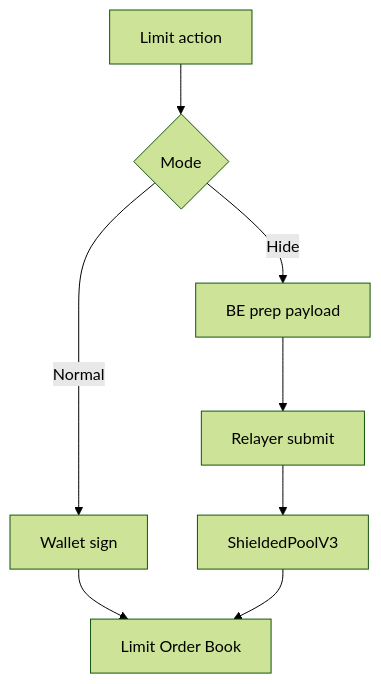
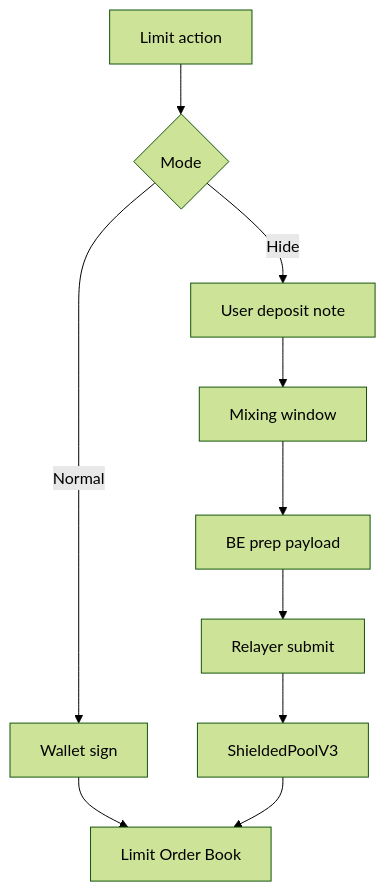
Before and after one commit to ntfound-dev/zkcarel_protocol: the fourth of 6 diagrams in README.md, drawn with Mermaid (forest theme). The commit also changed other lines of this file and 1 other file, not shown here.

Commit message:
docs: align mode flow with note and rewards behavior

````diff
--- a/README.md
+++ b/README.md
@@ -189,11 +193,13 @@
 ```mermaid
 flowchart TD
   A[Limit action] --> B{Mode}
   B -->|Normal| N1[Wallet sign]
   N1 --> LOB[Limit Order Book]
 
-  B -->|Hide| H1[BE prep payload]
-  H1 --> H2[Relayer submit]
-  H2 --> H3[ShieldedPoolV3]
-  H3 --> LOB
+  B -->|Hide| H1[User deposit note]
+  H1 --> H2[Mixing window]
+  H2 --> H3[BE prep payload]
+  H3 --> H4[Relayer submit]
+  H4 --> H5[ShieldedPoolV3]
+  H5 --> LOB
 ```
````
